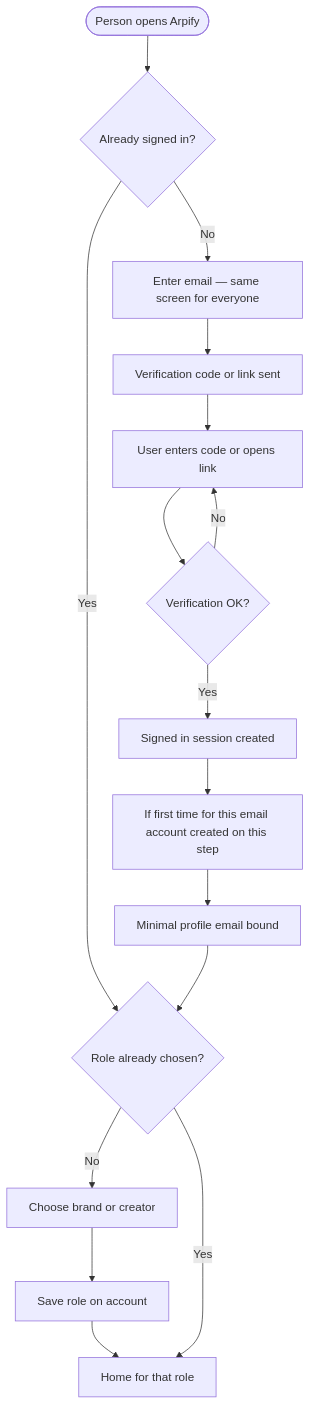
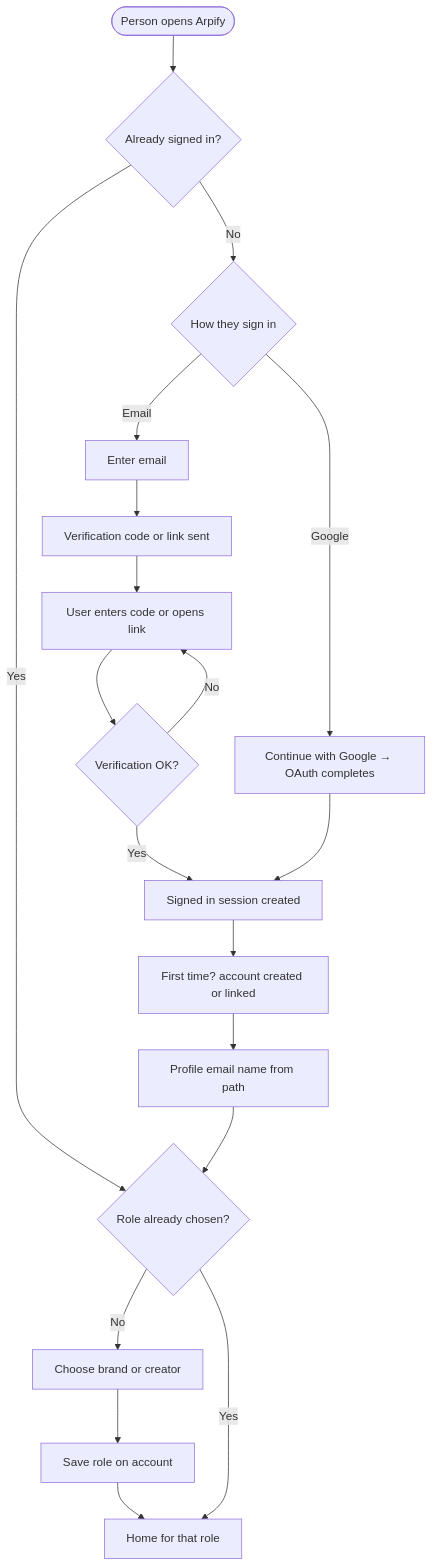
One commit to Dustin0829/LAC changed the diagram in docs/02-auth-and-signin.md. Above: the diagram before and after it, drawn with Mermaid. The commit also changed other lines of this file and 4 other files, not shown here.

````diff
--- a/docs/02-auth-and-signin.md
+++ b/docs/02-auth-and-signin.md
@@ -53,18 +54,21 @@
 ```mermaid
 flowchart TD
   openArpify([Person opens Arpify]) --> signedIn{Already signed in?}
   signedIn -->|Yes| roleCheck{Role already chosen?}
-  signedIn -->|No| enterEmail["Enter email — same screen for everyone"]
+  signedIn -->|No| pickPath{How they sign in}
+  pickPath -->|Email| enterEmail[Enter email]
   enterEmail --> sendVerify[Verification code or link sent]
   sendVerify --> userConfirms[User enters code or opens link]
   userConfirms --> valid{Verification OK?}
   valid -->|No| userConfirms
   valid -->|Yes| session[Signed in session created]
-  session --> firstTime[If first time for this email account created on this step]
-  firstTime --> profile[Minimal profile email bound]
+  pickPath -->|Google| googleOAuth[Continue with Google → OAuth completes]
+  googleOAuth --> session
+  session --> firstTime[First time? account created or linked]
+  firstTime --> profile[Profile email name from path]
   profile --> roleCheck
   roleCheck -->|No| pickRole[Choose brand or creator]
   pickRole --> save[Save role on account]
   save --> home[Home for that role]
   roleCheck -->|Yes| home
 ```
````
